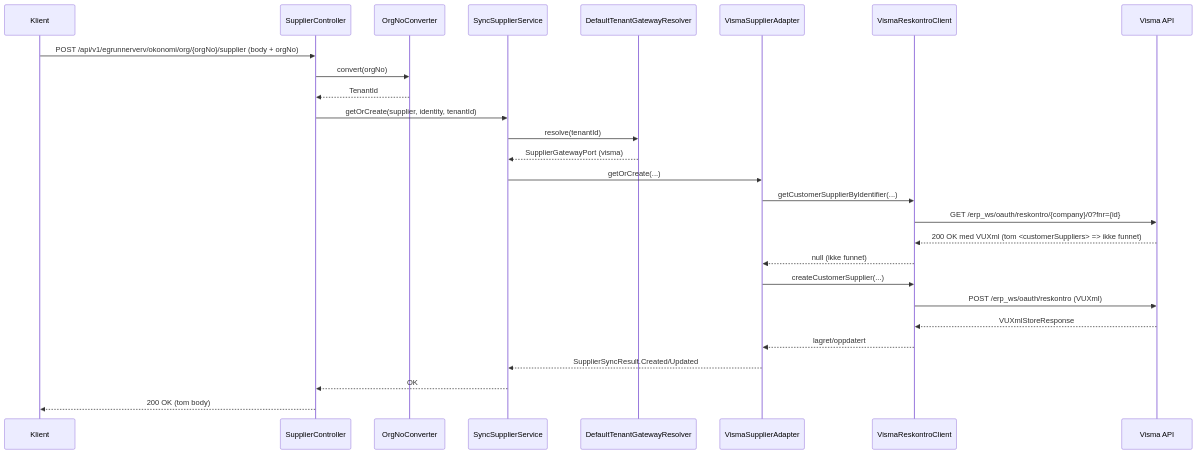
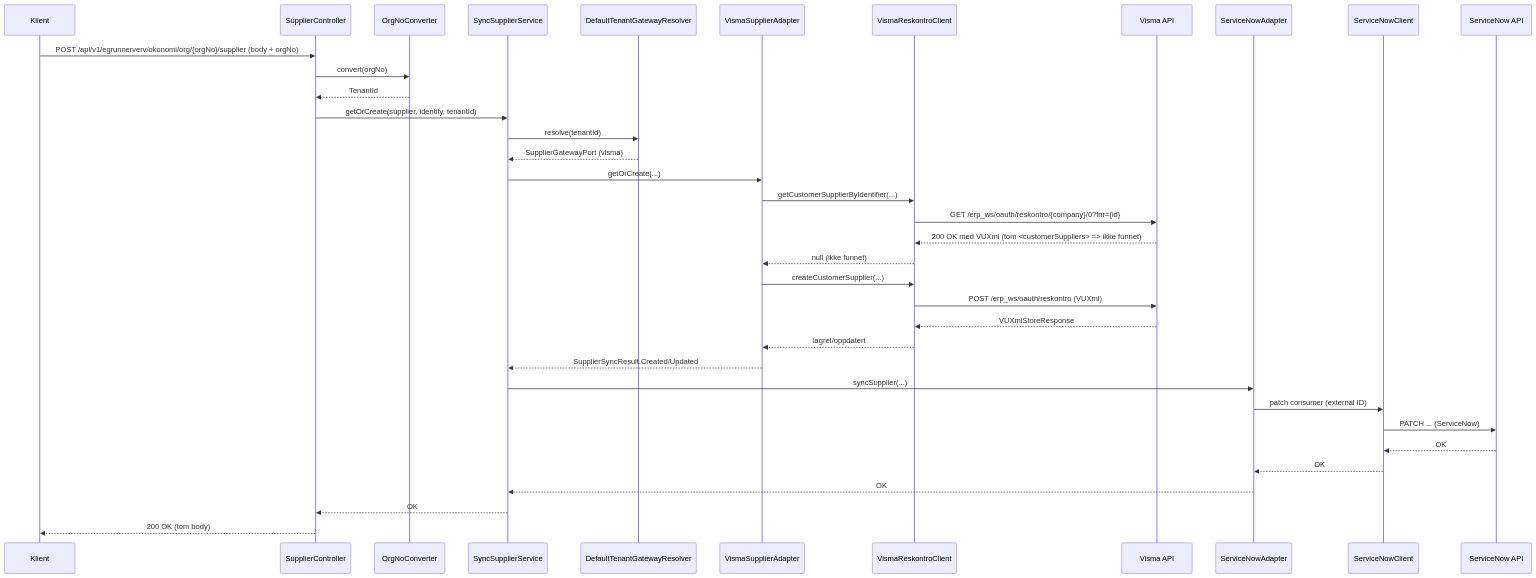
The second of 2 diagrams in ARCHITECTURE.md (FINTLabs/fint-flyt-egrunnerverv-okonomi), drawn with Mermaid before and after one commit. The commit also changed other lines of this file and 16 other files, not shown here.

````diff
--- a/ARCHITECTURE.md
+++ b/ARCHITECTURE.md
@@ -41,30 +45,39 @@
 ```mermaid
 sequenceDiagram
     participant K as Klient
     participant C as SupplierController
     participant O as OrgNoConverter
     participant S as SyncSupplierService
     participant R as DefaultTenantGatewayResolver
     participant A as VismaSupplierAdapter
     participant V as VismaReskontroClient
     participant X as Visma API
+    participant E as ServiceNowAdapter
+    participant SN as ServiceNowClient
+    participant SNAPI as ServiceNow API
 
     K->>C: POST /api/v1/egrunnerverv/okonomi/org/{orgNo}/supplier (body + orgNo)
     C->>O: convert(orgNo)
     O-->>C: TenantId
     C->>S: getOrCreate(supplier, identity, tenantId)
     S->>R: resolve(tenantId)
     R-->>S: SupplierGatewayPort (visma)
     S->>A: getOrCreate(...)
     A->>V: getCustomerSupplierByIdentifier(...)
     V->>X: GET /erp_ws/oauth/reskontro/{company}/0?fnr={id}
     X-->>V: 200 OK med VUXml (tom <customerSuppliers> => ikke funnet)
     V-->>A: null (ikke funnet)
     A->>V: createCustomerSupplier(...)
     V->>X: POST /erp_ws/oauth/reskontro (VUXml)
     X-->>V: VUXmlStoreResponse
     V-->>A: lagret/oppdatert
     A-->>S: SupplierSyncResult.Created/Updated
+    S->>E: syncSupplier(...)
+    E->>SN: patch consumer (external ID)
+    SN->>SNAPI: PATCH ... (ServiceNow)
+    SNAPI-->>SN: OK
+    SN-->>E: OK
+    E-->>S: OK
     S-->>C: OK
     C-->>K: 200 OK (tom body)
 ```
````
